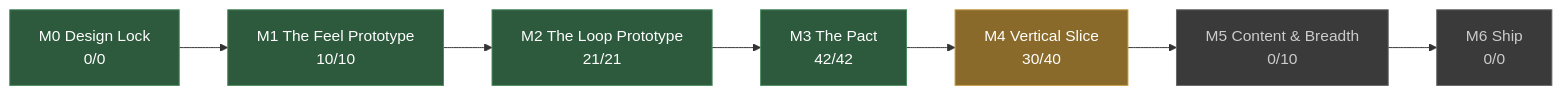
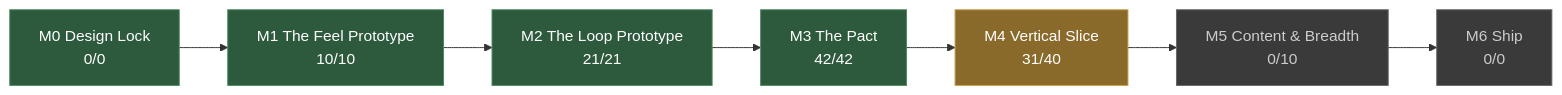
One commit to JoshuaGessner/she changed the diagram in docs/STATUS.md. Above: the diagram before and after it, drawn with Mermaid. The commit also changed other lines of this file and 11 other files, not shown here.

````diff
--- a/docs/STATUS.md
+++ b/docs/STATUS.md
@@ -13,19 +13,19 @@
 ```mermaid
 flowchart LR
   M0["M0 Design Lock<br/>0/0"]:::passed
   M1["M1 The Feel Prototype<br/>10/10"]:::passed
   M0 --> M1
   M2["M2 The Loop Prototype<br/>21/21"]:::passed
   M1 --> M2
   M3["M3 The Pact<br/>42/42"]:::passed
   M2 --> M3
-  M4["M4 Vertical Slice<br/>30/40"]:::current
+  M4["M4 Vertical Slice<br/>31/40"]:::current
   M3 --> M4
   M5["M5 Content & Breadth<br/>0/10"]:::ahead
   M4 --> M5
   M6["M6 Ship<br/>0/0"]:::ahead
   M5 --> M6
   classDef passed fill:#2d5a3d,stroke:#4a8a5f,color:#fff
   classDef current fill:#8a6a2a,stroke:#c8a04a,color:#fff
   classDef ahead fill:#3a3a3a,stroke:#666,color:#ccc
 ```
````
